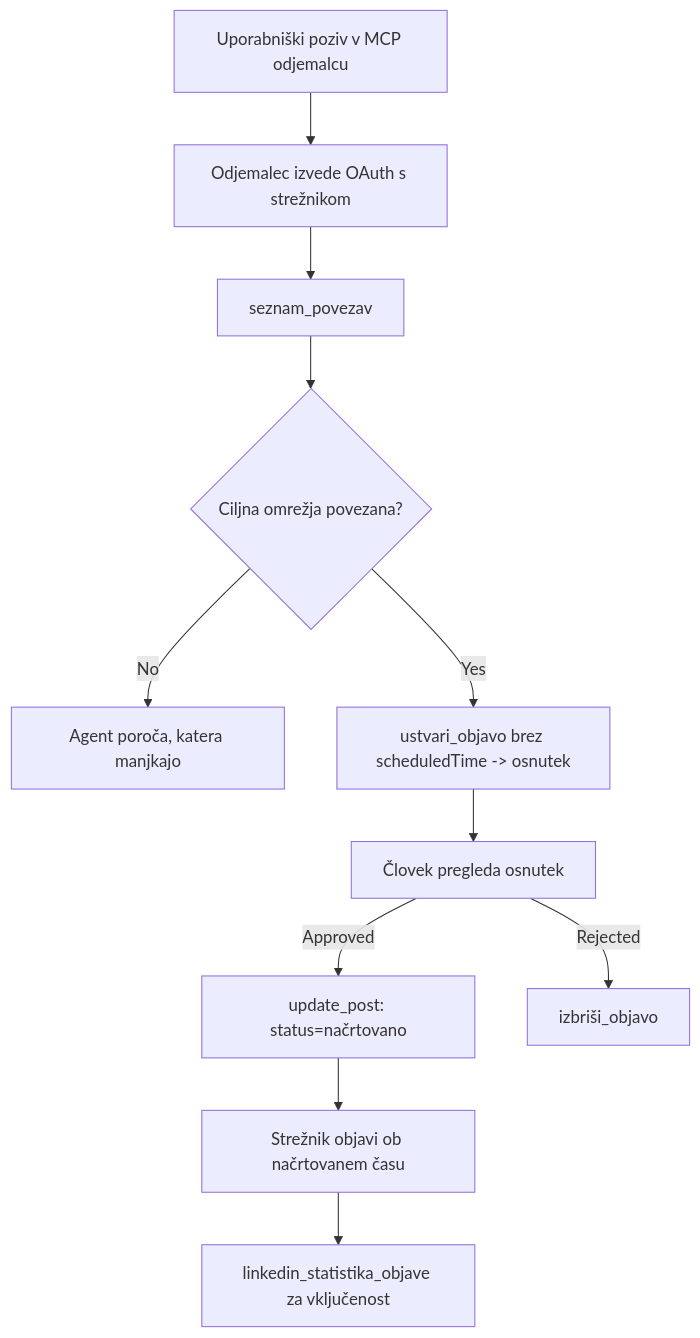
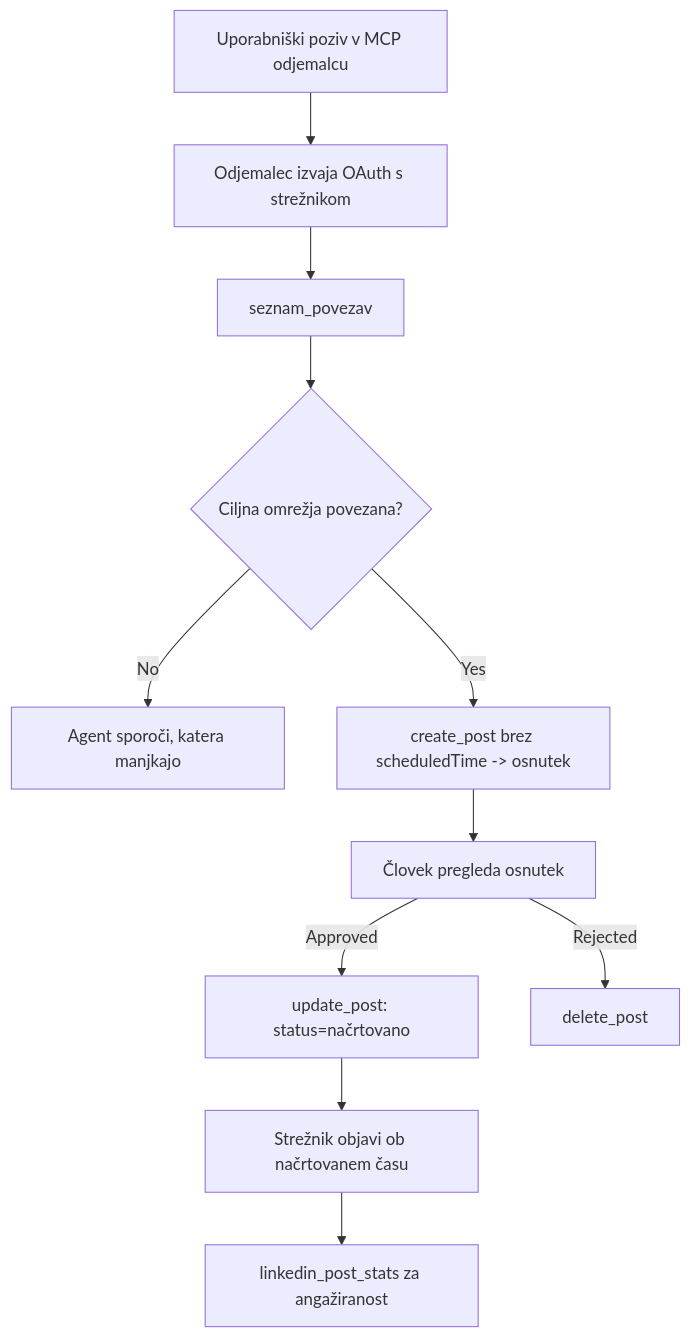
One commit to microsoft/mcp-for-beginners changed the diagram in translations/sl/09-CaseStudy/publora-social-publishing.md. Above: the diagram before and after it, drawn with Mermaid. The commit also changed other lines of this file and 154 other files, not shown here.

````diff
--- a/translations/sl/09-CaseStudy/publora-social-publishing.md
+++ b/translations/sl/09-CaseStudy/publora-social-publishing.md
@@ -47,13 +47,13 @@
 ```mermaid
 flowchart TD
-    A[Uporabniški poziv v MCP odjemalcu] --> B[Odjemalec izvede OAuth s strežnikom]
+    A[Uporabniški poziv v MCP odjemalcu] --> B[Odjemalec izvaja OAuth s strežnikom]
     B --> C[seznam_povezav]
     C --> D{Ciljna omrežja povezana?}
-    D -- No --> E[Agent poroča, katera manjkajo]
-    D -- Yes --> F[ustvari_objavo brez scheduledTime -> osnutek]
+    D -- No --> E[Agent sporoči, katera manjkajo]
+    D -- Yes --> F[create_post brez scheduledTime -> osnutek]
     F --> G[Človek pregleda osnutek]
     G -- Approved --> H[update_post: status=načrtovano]
-    G -- Rejected --> I[izbriši_objavo]
+    G -- Rejected --> I[delete_post]
     H --> J[Strežnik objavi ob načrtovanem času]
-    J --> K[linkedin_statistika_objave za vključenost]
+    J --> K[linkedin_post_stats za angažiranost]
 ```
````
